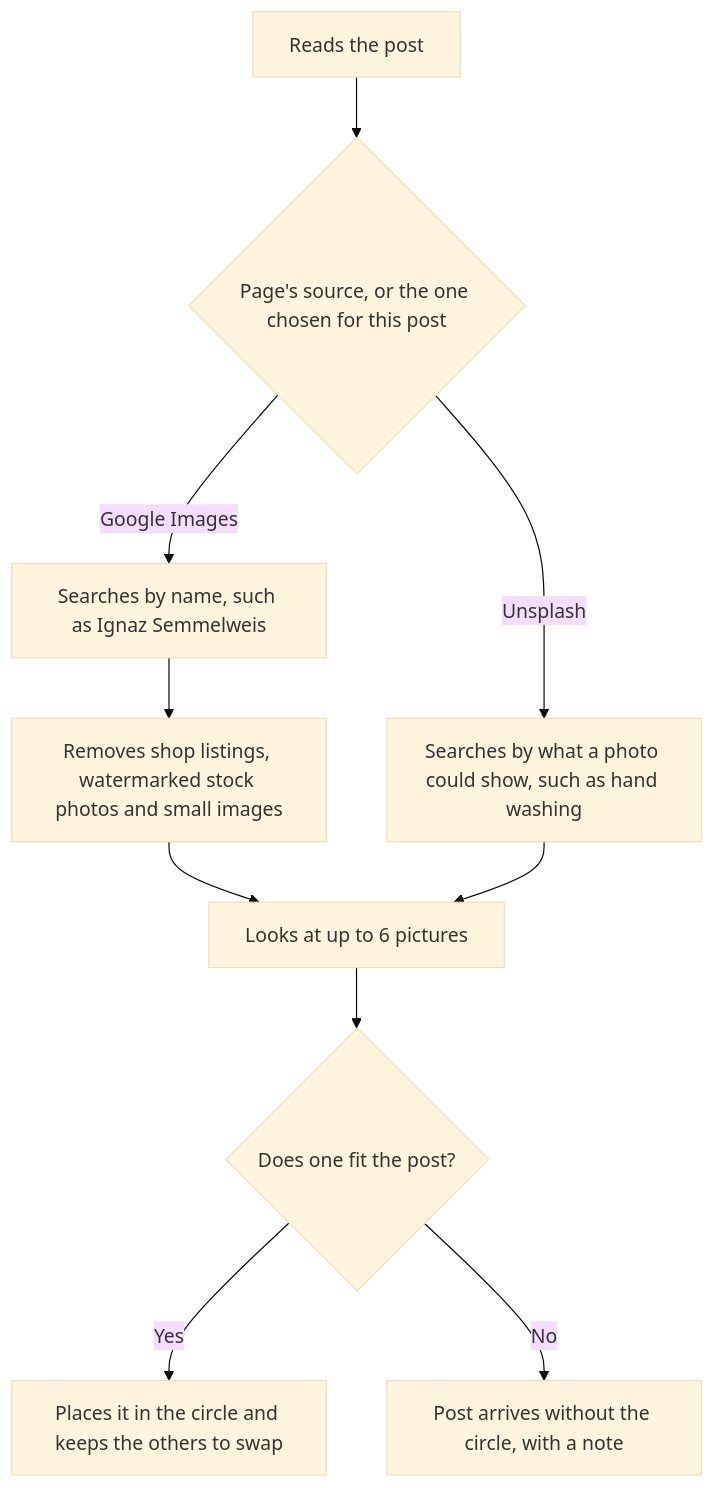
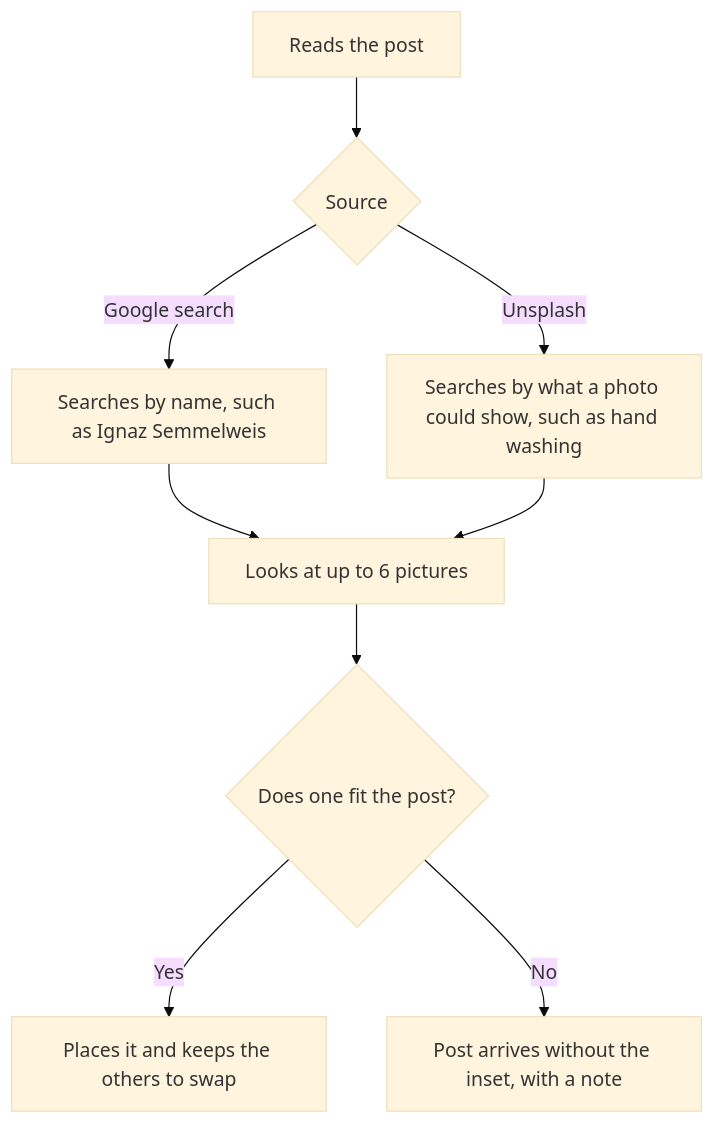
One commit to nauqh/fb-agent changed the diagram in web/content/PRDs/inset-finder.md. Above: the diagram before and after it, drawn with Mermaid (base theme). The commit also changed other lines of this file, not shown here.

First line of the commit message:
docs(prd): shorten the inset finder prd

````diff
--- a/web/content/PRDs/inset-finder.md
+++ b/web/content/PRDs/inset-finder.md
@@ -57,12 +37,11 @@
 ```mermaid
 flowchart TD
-  A["Reads the post"] --> B{"Page's source, or the one chosen for this post"}
-  B -->|Google Images| C["Searches by name, such as Ignaz Semmelweis"]
+  A["Reads the post"] --> B{"Source"}
+  B -->|Google search| C["Searches by name, such as Ignaz Semmelweis"]
   B -->|Unsplash| D["Searches by what a photo could show, such as hand washing"]
-  C --> E["Removes shop listings, watermarked stock photos and small images"]
-  E --> F["Looks at up to 6 pictures"]
+  C --> F["Looks at up to 6 pictures"]
   D --> F
   F --> G{"Does one fit the post?"}
-  G -->|Yes| H["Places it in the circle and keeps the others to swap"]
-  G -->|No| I["Post arrives without the circle, with a note"]
+  G -->|Yes| H["Places it and keeps the others to swap"]
+  G -->|No| I["Post arrives without the inset, with a note"]
 ```
````
